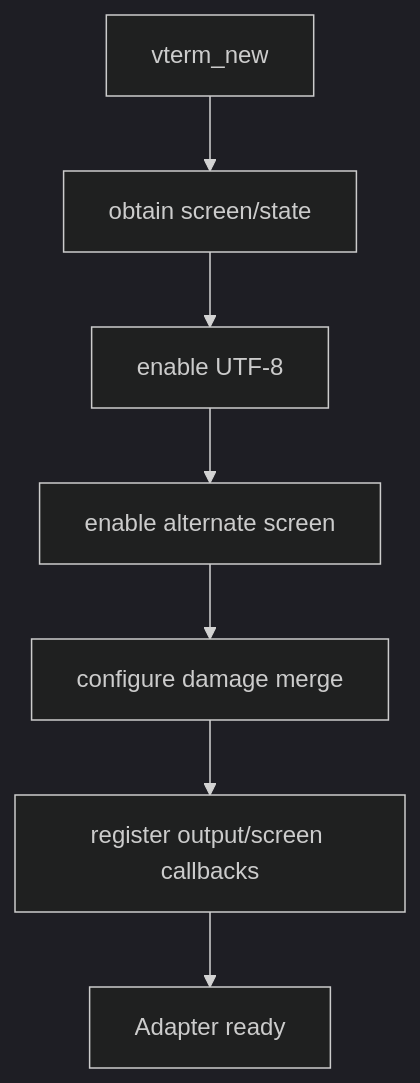
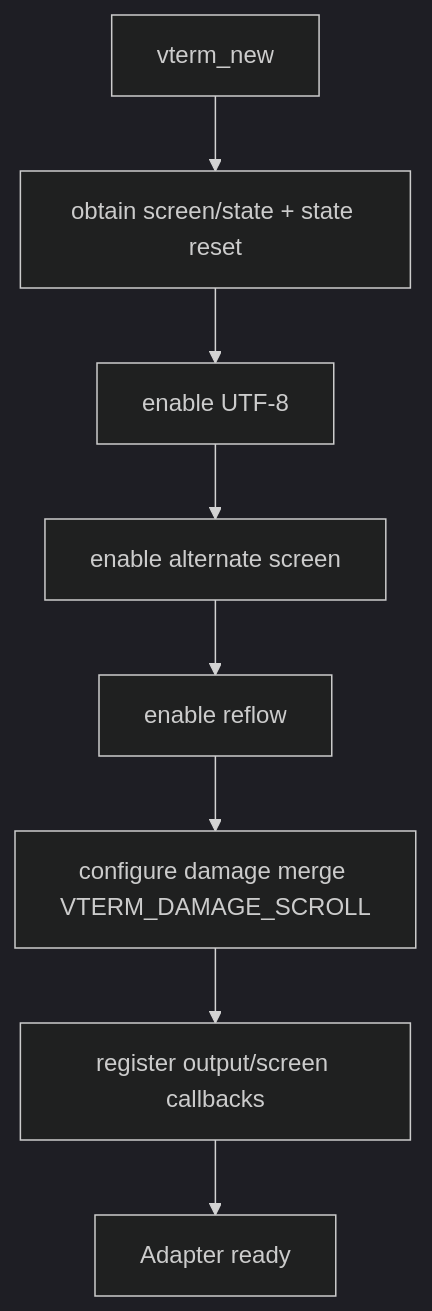
One commit to han-shao-jun/NovaTerm changed the third of 4 diagrams in docs/architecture/stages/P1_ScreenBuffer_and_VTAdapter.md. Above: the diagram before and after it, drawn with Mermaid (dark theme). The commit also changed other lines of this file and 6 other files, not shown here.

````diff
--- a/docs/architecture/stages/P1_ScreenBuffer_and_VTAdapter.md
+++ b/docs/architecture/stages/P1_ScreenBuffer_and_VTAdapter.md
@@ -139,9 +139,10 @@
 ```mermaid
 flowchart TD
-    A[vterm_new] --> B[obtain screen/state]
+    A[vterm_new] --> B[obtain screen/state + state reset]
     B --> C[enable UTF-8]
     C --> D[enable alternate screen]
-    D --> E[configure damage merge]
+    D --> RF[enable reflow]
+    RF --> E[configure damage merge VTERM_DAMAGE_SCROLL]
     E --> F[register output/screen callbacks]
     F --> G[Adapter ready]
 ```
````
